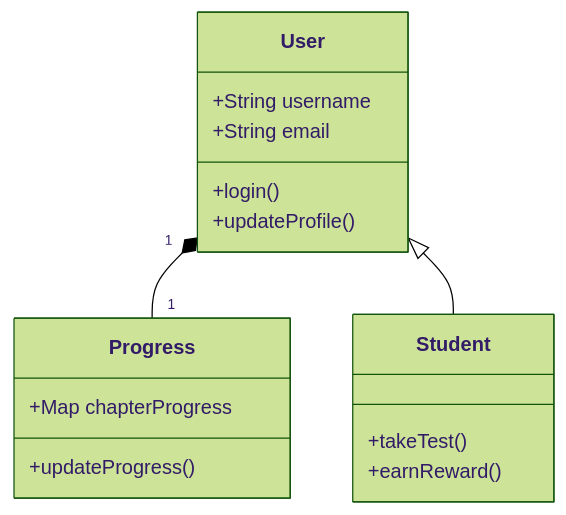
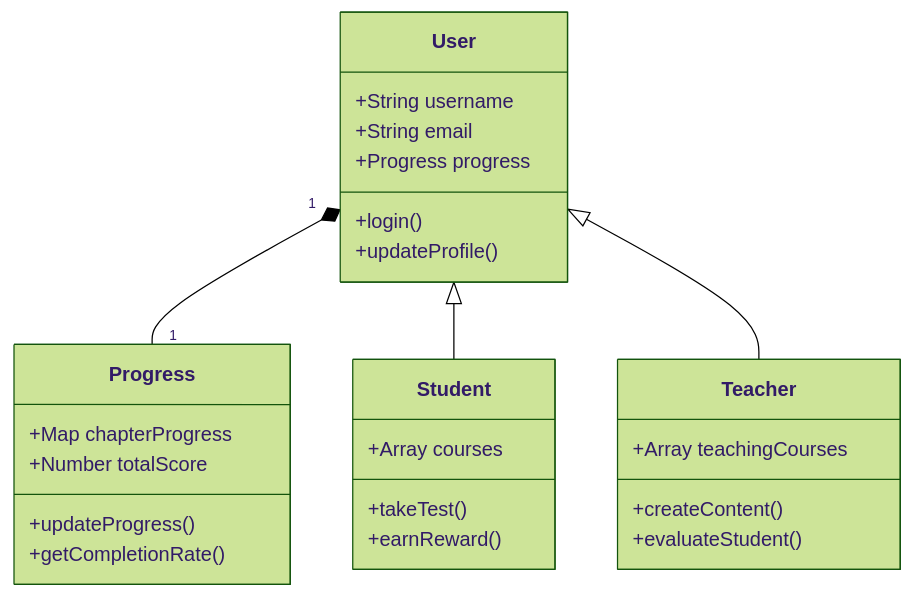
Before and after one commit to Licus7/FlowerC: the ninth of 10 diagrams in Python学习网站第一版/FlowerC文档/Study guidev1.0(FlowerC)/study guidev1.0.md, drawn with Mermaid (forest theme). The commit also changed other lines of this file, not shown here.

````diff
--- a/Python学习网站第一版/FlowerC文档/Study guidev1.0(FlowerC)/study guidev1.0.md
+++ b/Python学习网站第一版/FlowerC文档/Study guidev1.0(FlowerC)/study guidev1.0.md
@@ -789,22 +1128,33 @@
 ```mermaid
 classDiagram
     class User {
         +String username
         +String email
+        +Progress progress
         +login()
         +updateProfile()
     }
     
     class Student {
+        +Array courses
         +takeTest()
         +earnReward()
     }
     
+    class Teacher {
+        +Array teachingCourses
+        +createContent()
+        +evaluateStudent()
+    }
+    
     class Progress {
         +Map chapterProgress
+        +Number totalScore
         +updateProgress()
+        +getCompletionRate()
     }
     
     User "1" *-- "1" Progress
     User <|-- Student
+    User <|-- Teacher
 ```
````
